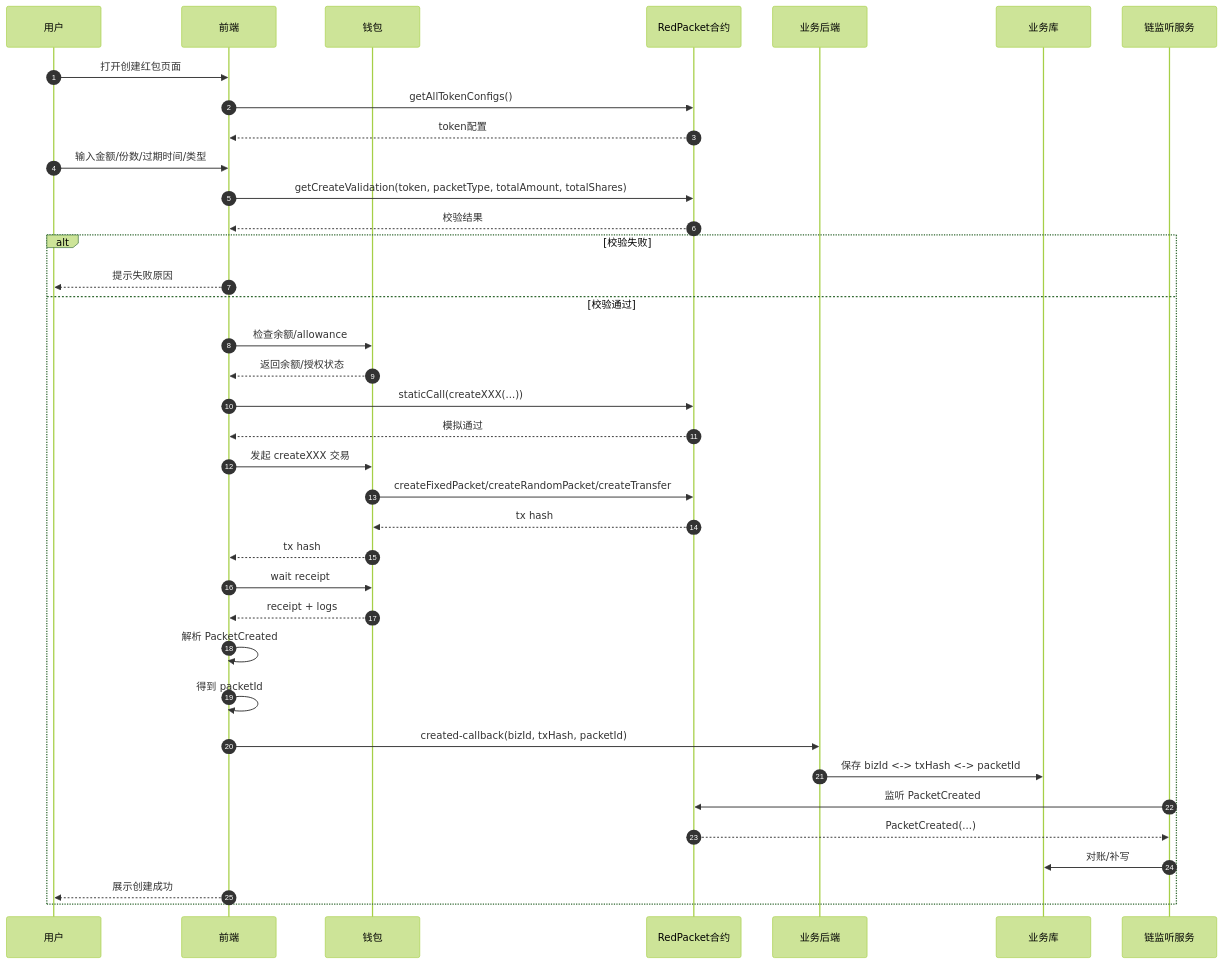
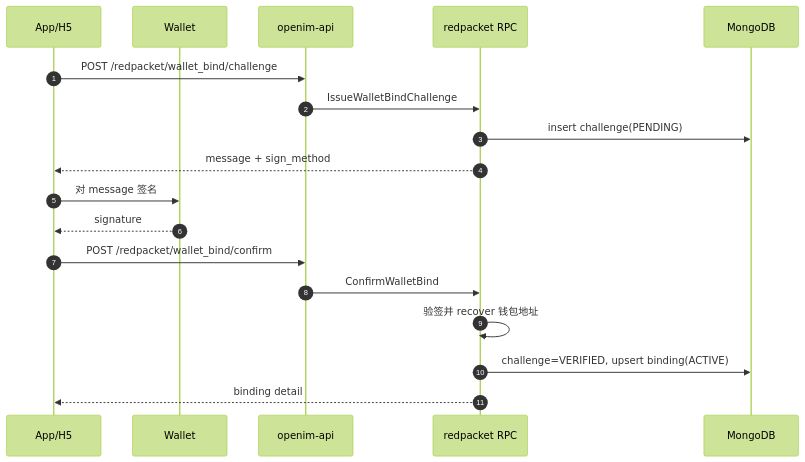
Before and after one commit to openimsdk/open-im-server: the third of 4 diagrams in cmd/openim-rpc/openim-rpc-redpacket/redpacket-web3-integration-design.md, drawn with Mermaid (forest theme). The commit also changed other lines of this file and 4 other files, not shown here.

````diff
--- a/cmd/openim-rpc/openim-rpc-redpacket/redpacket-web3-integration-design.md
+++ b/cmd/openim-rpc/openim-rpc-redpacket/redpacket-web3-integration-design.md
@@ -292,49 +194,21 @@
 ```mermaid
 sequenceDiagram
     autonumber
-    participant U as 用户
-    participant FE as 前端
-    participant Wallet as 钱包
-    participant RP as RedPacket合约
-    participant BE as 业务后端
-    participant DB as 业务库
-    participant Indexer as 链监听服务
+    participant App as App/H5
+    participant Wallet as Wallet
+    participant API as openim-api
+    participant RPC as redpacket RPC
+    participant DB as MongoDB
 
-    U->>FE: 打开创建红包页面
-    FE->>RP: getAllTokenConfigs()
-    RP-->>FE: token配置
-
-    U->>FE: 输入金额/份数/过期时间/类型
-    FE->>RP: getCreateValidation(token, packetType, totalAmount, totalShares)
-    RP-->>FE: 校验结果
-
-    alt 校验失败
-        FE-->>U: 提示失败原因
-    else 校验通过
-        FE->>Wallet: 检查余额/allowance
-        Wallet-->>FE: 返回余额/授权状态
-
-        FE->>RP: staticCall(createXXX(...))
-        RP-->>FE: 模拟通过
-
-        FE->>Wallet: 发起 createXXX 交易
-        Wallet->>RP: createFixedPacket/createRandomPacket/createTransfer
-        RP-->>Wallet: tx hash
-        Wallet-->>FE: tx hash
-
-        FE->>Wallet: wait receipt
-        Wallet-->>FE: receipt + logs
-
-        FE->>FE: 解析 PacketCreated
-        FE->>FE: 得到 packetId
-
-        FE->>BE: created-callback(bizId, txHash, packetId)
-        BE->>DB: 保存 bizId <-> txHash <-> packetId
-
-        Indexer->>RP: 监听 PacketCreated
-        RP-->>Indexer: PacketCreated(...)
-        Indexer->>DB: 对账/补写
-
-        FE-->>U: 展示创建成功
-    end
+    App->>API: POST /redpacket/wallet_bind/challenge
+    API->>RPC: IssueWalletBindChallenge
+    RPC->>DB: insert challenge(PENDING)
+    RPC-->>App: message + sign_method
+    App->>Wallet: 对 message 签名
+    Wallet-->>App: signature
+    App->>API: POST /redpacket/wallet_bind/confirm
+    API->>RPC: ConfirmWalletBind
+    RPC->>RPC: 验签并 recover 钱包地址
+    RPC->>DB: challenge=VERIFIED, upsert binding(ACTIVE)
+    RPC-->>App: binding detail
 ```
````
